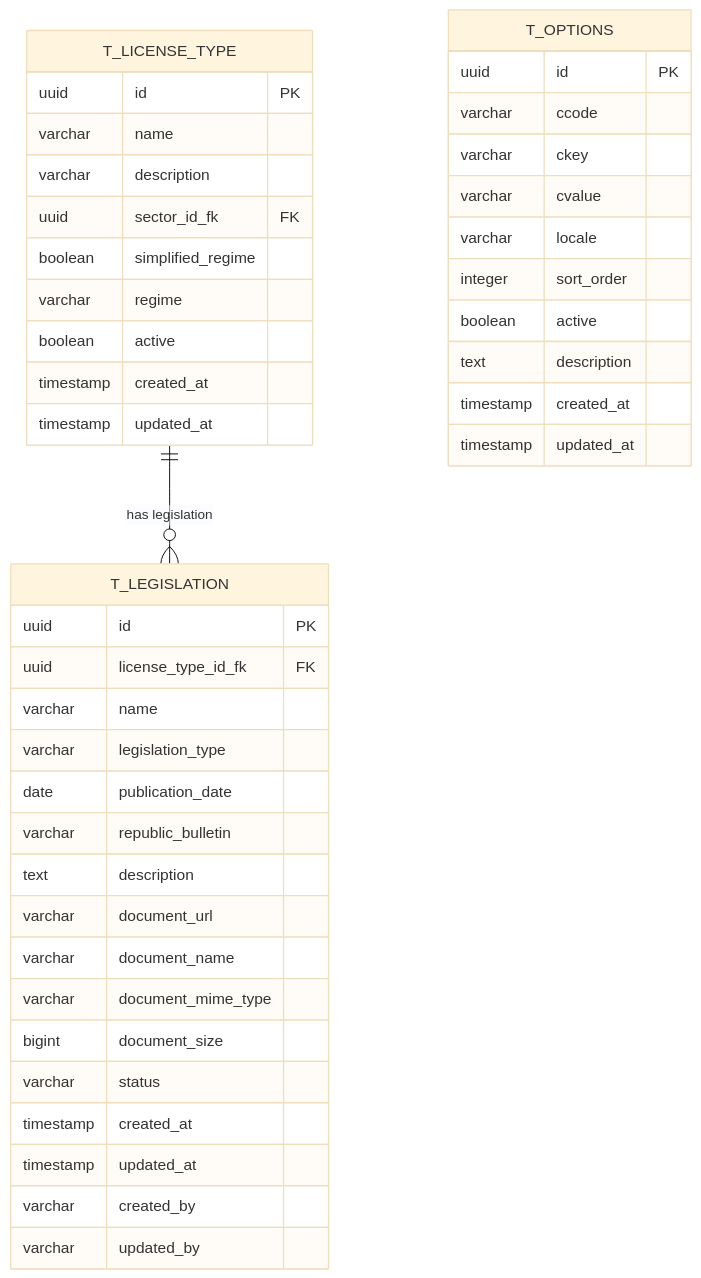
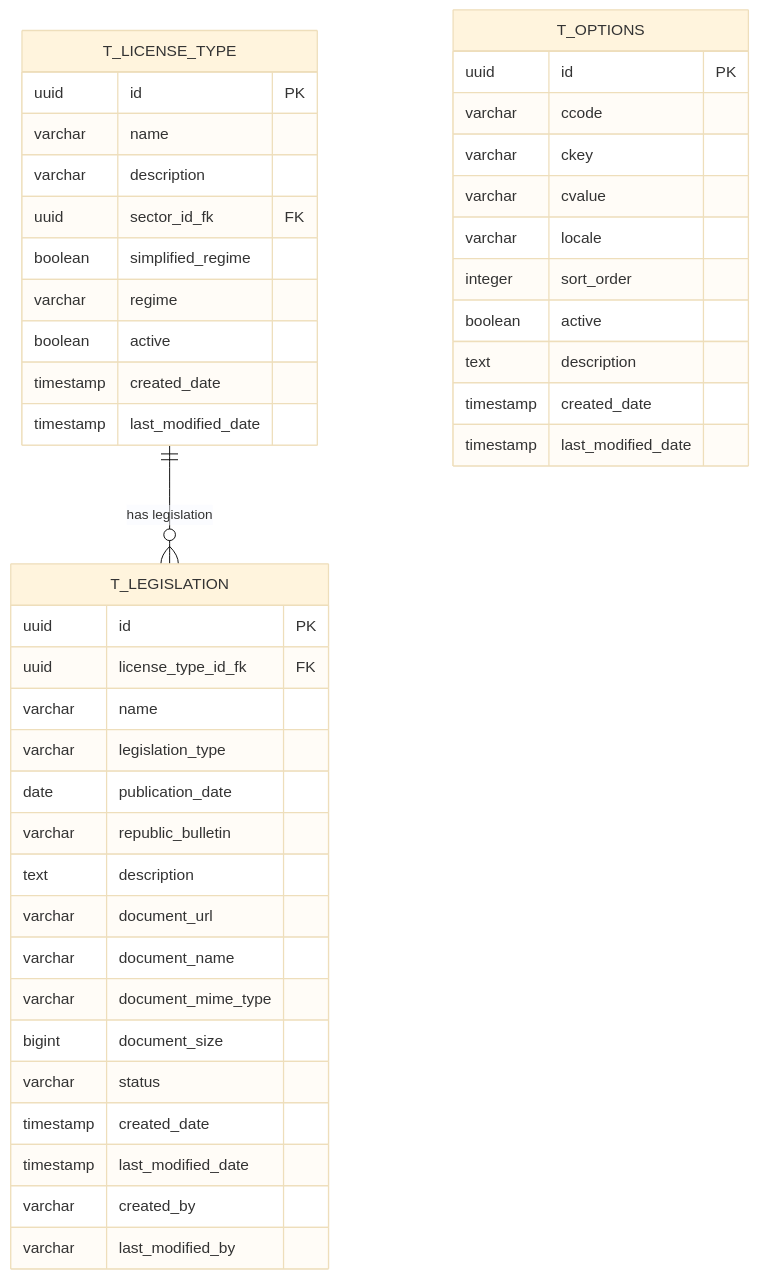
One commit to TA-Digital-CV/licenciamento-backend changed the diagram in .trae/documents/PR01.02-BE-LIC-Dossier-Tipo-Licenca-Legislacoes.md. Above: the diagram before and after it, drawn with Mermaid (base theme). The commit also changed other lines of this file and 16 other files, not shown here.

First line of the commit message:
refactor(database): standardize timestamp column names to created_date and last_modified_date

````diff
--- a/.trae/documents/PR01.02-BE-LIC-Dossier-Tipo-Licenca-Legislacoes.md
+++ b/.trae/documents/PR01.02-BE-LIC-Dossier-Tipo-Licenca-Legislacoes.md
@@ -25,47 +25,47 @@
 ```mermaid
 erDiagram
     T_LICENSE_TYPE ||--o{ T_LEGISLATION : "has legislation"
     T_LEGISLATION {
         uuid id PK
         uuid license_type_id_fk FK
         varchar name
         varchar legislation_type
         date publication_date
         varchar republic_bulletin
         text description
         varchar document_url
         varchar document_name
         varchar document_mime_type
         bigint document_size
         varchar status
-        timestamp created_at
-        timestamp updated_at
+        timestamp created_date
+        timestamp last_modified_date
         varchar created_by
-        varchar updated_by
+        varchar last_modified_by
     }
 
     T_LICENSE_TYPE {
         uuid id PK
         varchar name
         varchar description
         uuid sector_id_fk FK
         boolean simplified_regime
         varchar regime
         boolean active
-        timestamp created_at
-        timestamp updated_at
+        timestamp created_date
+        timestamp last_modified_date
     }
 
     T_OPTIONS {
         uuid id PK
         varchar ccode
         varchar ckey
         varchar cvalue
         varchar locale
         integer sort_order
         boolean active
         text description
-        timestamp created_at
-        timestamp updated_at
+        timestamp created_date
+        timestamp last_modified_date
     }
 ```
````
